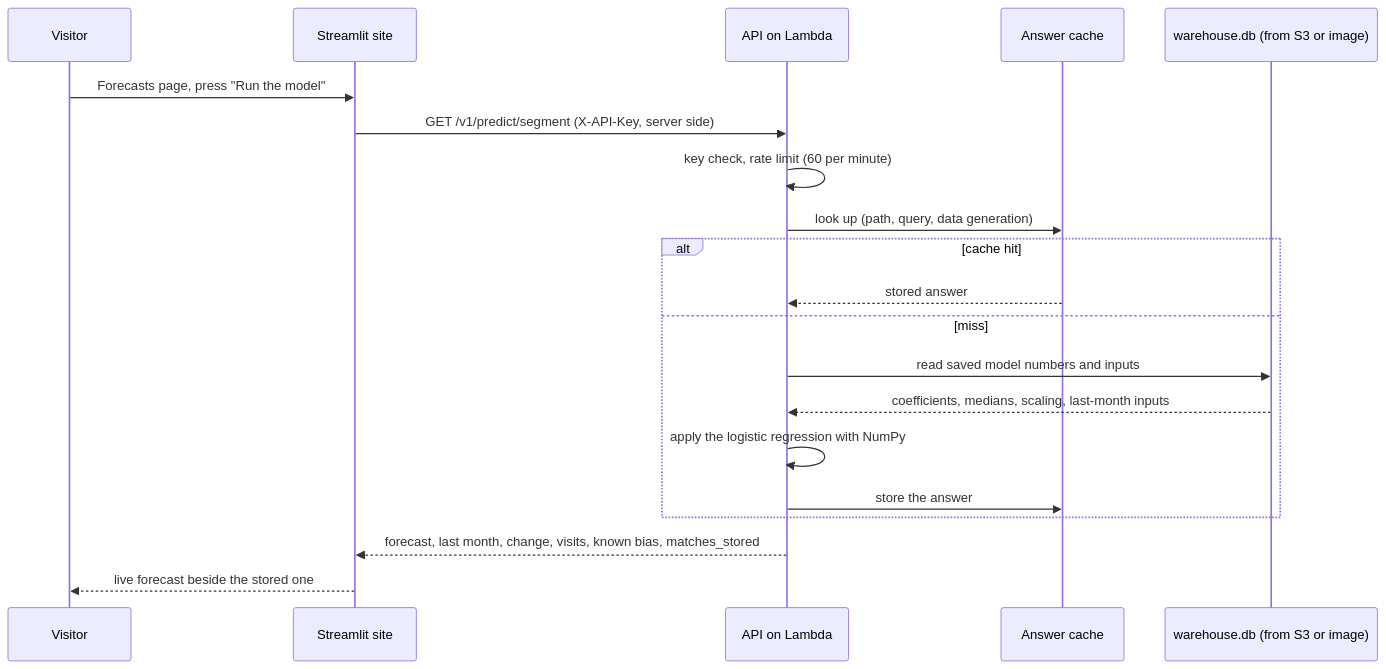
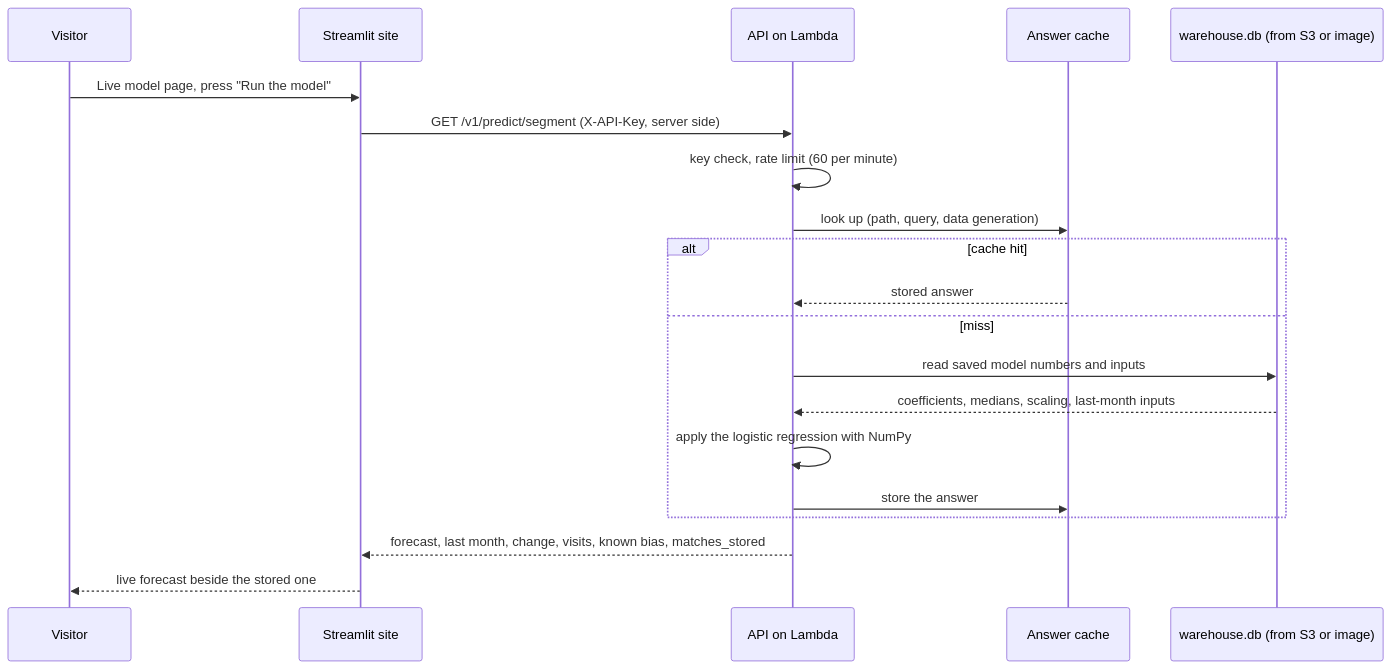
The third of 4 diagrams in docs/architecture.md (tus2014ar/oa-market-intelligence-system), drawn with Mermaid before and after one commit. The commit also changed other lines of this file and 18 other files, not shown here.

First line of the commit message:
Site: a "Live model" page for the live model check, with the explanation beside it (#139)

````diff
--- a/docs/architecture.md
+++ b/docs/architecture.md
@@ -86,22 +86,22 @@
 ```mermaid
 sequenceDiagram
   participant V as Visitor
   participant S as Streamlit site
   participant A as API on Lambda
   participant C as Answer cache
   participant D as warehouse.db (from S3 or image)
-  V->>S: Forecasts page, press "Run the model"
+  V->>S: Live model page, press "Run the model"
   S->>A: GET /v1/predict/segment (X-API-Key, server side)
   A->>A: key check, rate limit (60 per minute)
   A->>C: look up (path, query, data generation)
   alt cache hit
     C-->>A: stored answer
   else miss
     A->>D: read saved model numbers and inputs
     D-->>A: coefficients, medians, scaling, last-month inputs
     A->>A: apply the logistic regression with NumPy
     A->>C: store the answer
   end
   A-->>S: forecast, last month, change, visits, known bias, matches_stored
   S-->>V: live forecast beside the stored one
 ```
````
